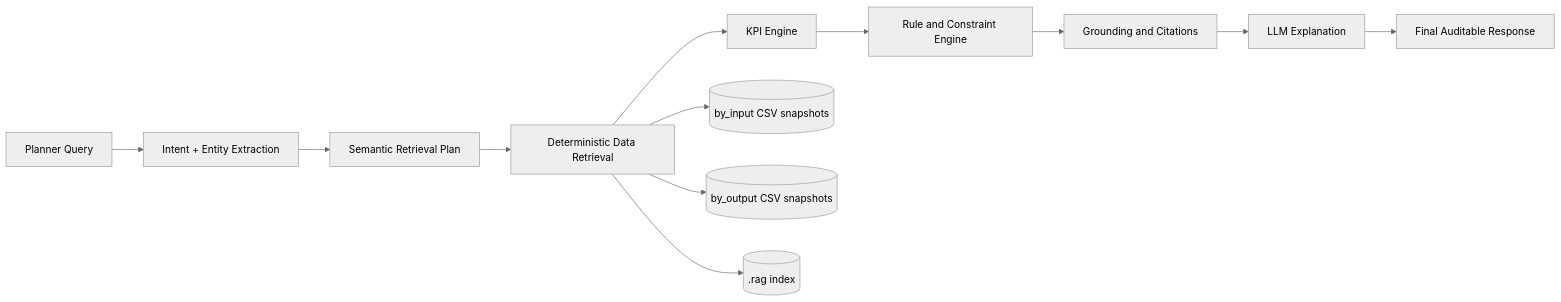
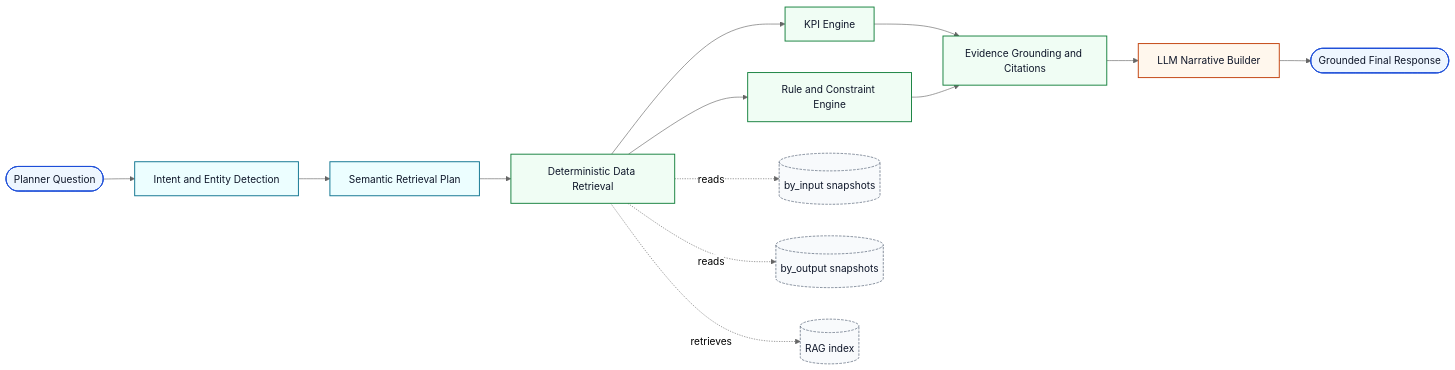
One commit to jyotiranjanojha/ifsupplystory changed the first of 3 diagrams in README.md. Above: the diagram before and after it, drawn with Mermaid (neutral theme). The commit also changed other lines of this file, not shown here.

Commit message:
Improve README architecture visualizations

````diff
--- a/README.md
+++ b/README.md
@@ -148,15 +148,34 @@
 ```mermaid
 flowchart LR
-    Q[Planner Query] --> I[Intent + Entity Extraction]
-    I --> S[Semantic Retrieval Plan]
-    S --> D[Deterministic Data Retrieval]
-    D --> K[KPI Engine]
-    K --> R[Rule and Constraint Engine]
-    R --> G[Grounding and Citations]
-    G --> L[LLM Explanation]
-    L --> O[Final Auditable Response]
+  %% User to Answer lane
+  Q([Planner Question]) --> I[Intent and Entity Detection]
+  I --> S[Semantic Retrieval Plan]
+  S --> D[Deterministic Data Retrieval]
 
-    D --> IN[(by_input CSV snapshots)]
-    D --> OUT[(by_output CSV snapshots)]
-    D --> RAG[(.rag index)]
+  %% Deterministic reasoning lane
+  D --> K[KPI Engine]
+  D --> RU[Rule and Constraint Engine]
+  K --> G[Evidence Grounding and Citations]
+  RU --> G
+
+  %% Explanation lane
+  G --> L[LLM Narrative Builder]
+  L --> O([Grounded Final Response])
+
+  %% Data dependencies
+  D -. reads .-> IN[(by_input snapshots)]
+  D -. reads .-> OUT[(by_output snapshots)]
+  D -. retrieves .-> RAG[(RAG index)]
+
+  classDef user fill:#eef6ff,stroke:#1d4ed8,stroke-width:1.5px,color:#0f172a;
+  classDef plan fill:#ecfeff,stroke:#0e7490,stroke-width:1.5px,color:#0f172a;
+  classDef deterministic fill:#f0fdf4,stroke:#15803d,stroke-width:1.5px,color:#0f172a;
+  classDef explain fill:#fff7ed,stroke:#c2410c,stroke-width:1.5px,color:#0f172a;
+  classDef data fill:#f8fafc,stroke:#475569,stroke-dasharray: 4 2,color:#0f172a;
+
+  class Q,O user;
+  class I,S plan;
+  class D,K,RU,G deterministic;
+  class L explain;
+  class IN,OUT,RAG data;
 ```
````
